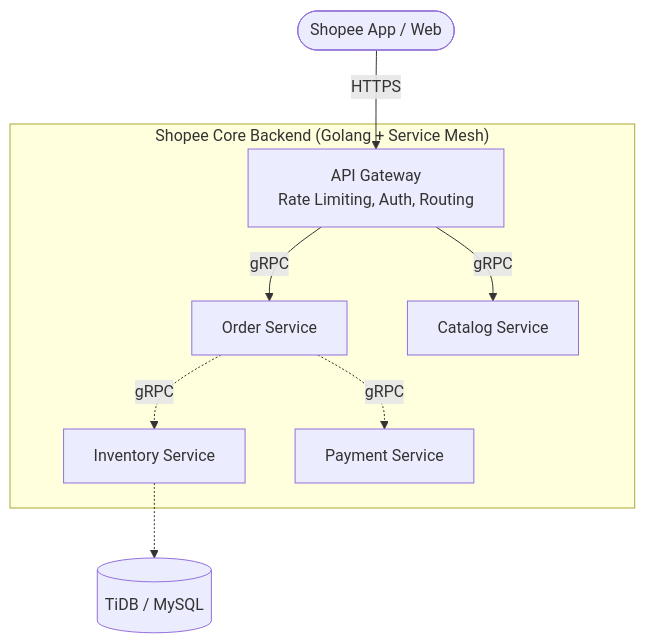
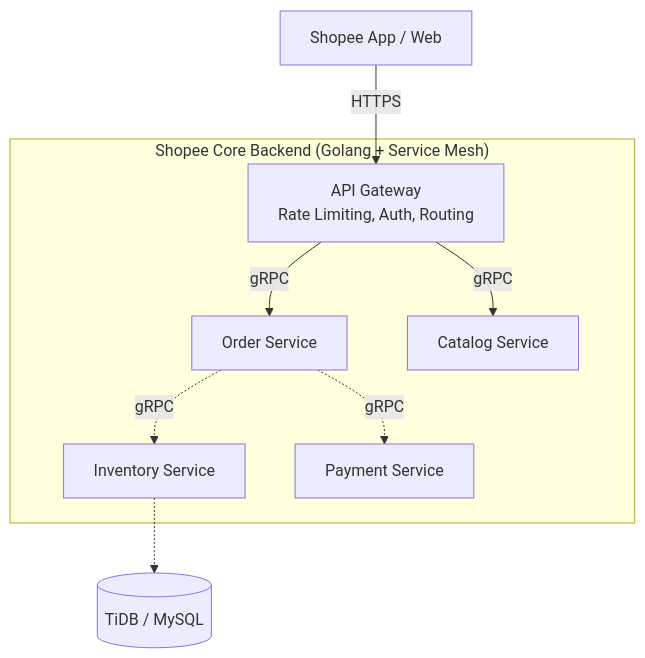
Before and after one commit to vesviet/vesviet: the second of 2 diagrams in content/series/shopee-architecture/01-microservices-foundation.md, drawn with Mermaid. The commit also changed other lines of this file and 280 other files, not shown here.

````diff
--- a/content/series/shopee-architecture/01-microservices-foundation.md
+++ b/content/series/shopee-architecture/01-microservices-foundation.md
@@ -243,13 +248,13 @@
 ```mermaid
 graph TD
-    User([Shopee App / Web]) -->|HTTPS| API_Gateway[API Gateway<br/>Rate Limiting, Auth, Routing]
+    User["Shopee App / Web"] -->|HTTPS| API_Gateway["API Gateway<br/>Rate Limiting, Auth, Routing"]
     
     subgraph "Shopee Core Backend (Golang + Service Mesh)"
         API_Gateway -->|gRPC| OrderService[Order Service]
         API_Gateway -->|gRPC| CatalogService[Catalog Service]
         OrderService -.->|gRPC| InventoryService[Inventory Service]
         OrderService -.->|gRPC| PaymentService[Payment Service]
     end
     
-    InventoryService -.-> DB[(TiDB / MySQL)]
+    InventoryService -.-> DB[("TiDB / MySQL")]
 ```
````
